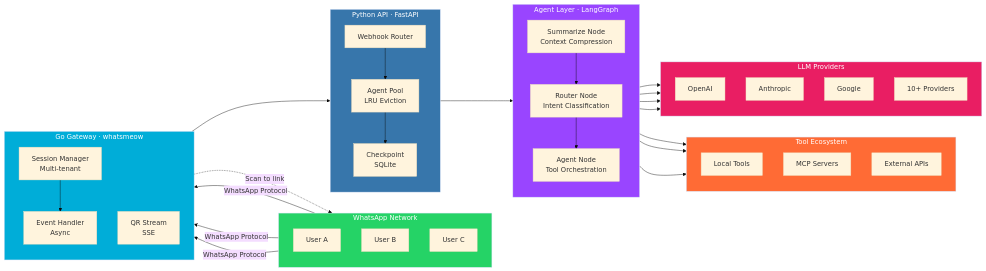
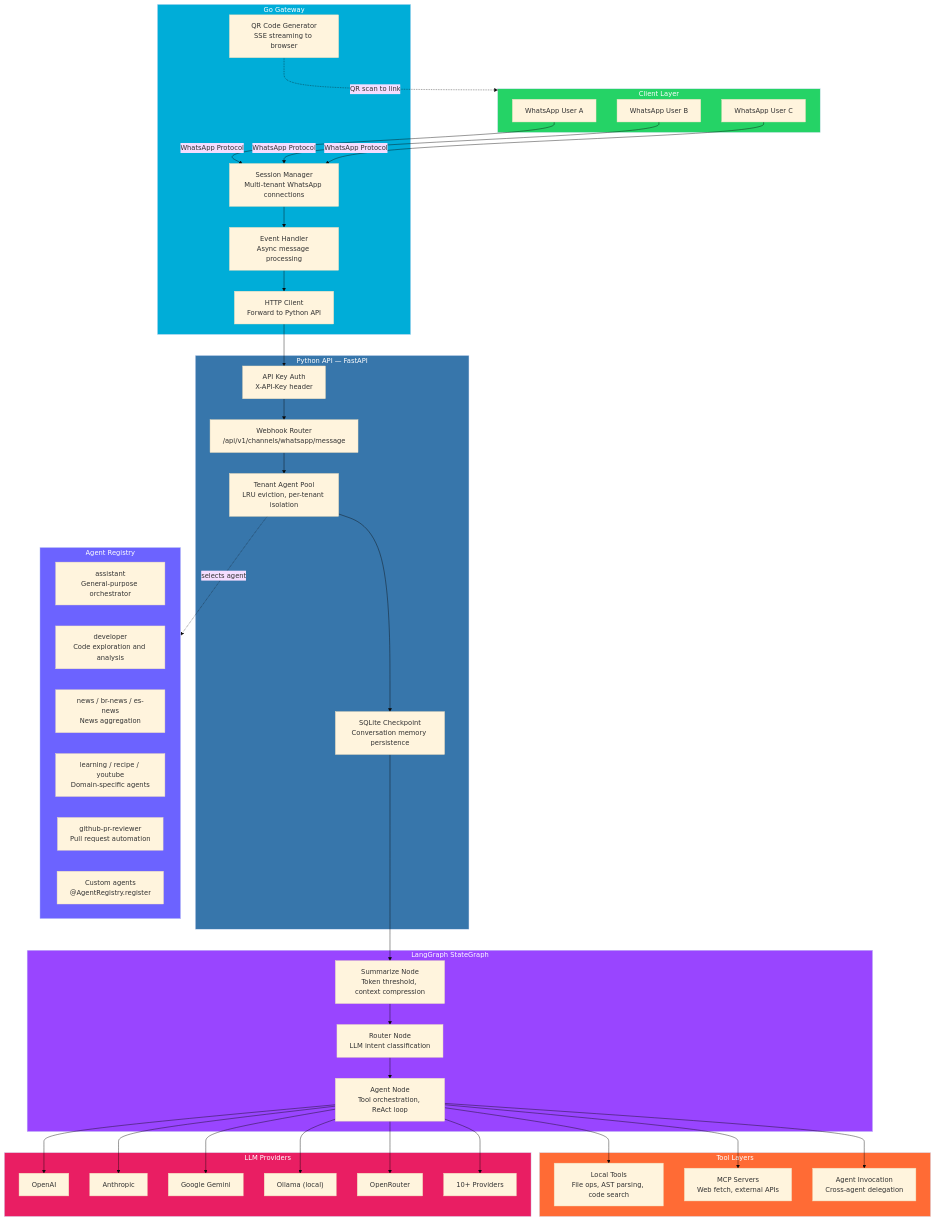
One commit to MusadiqUrRahman/whaagent changed the diagram in README.md. Above: the diagram before and after it, drawn with Mermaid (base theme). The commit also changed other lines of this file, not shown here.

Commit message:
Rewrite README with complete setup guide, agent docs, and architecture

````diff
--- a/README.md
+++ b/README.md
@@ -24,65 +36,73 @@
 ```mermaid
-flowchart LR
-    subgraph WhatsApp["WhatsApp Network"]
-        direction TB
-        U1["User A"]
-        U2["User B"]
-        U3["User C"]
+flowchart TB
+    subgraph Clients["Client Layer"]
+        WA1["WhatsApp User A"]
+        WA2["WhatsApp User B"]
+        WA3["WhatsApp User C"]
     end
 
-    subgraph Gateway["Go Gateway · whatsmeow"]
-        direction TB
-        SM["Session Manager<br/>Multi-tenant"]
-        QR["QR Stream<br/>SSE"]
-        EH["Event Handler<br/>Async"]
+    subgraph Gateway["Go Gateway"]
+        SM["Session Manager<br/>Multi-tenant WhatsApp connections"]
+        QR["QR Code Generator<br/>SSE streaming to browser"]
+        EVT["Event Handler<br/>Async message processing"]
+        HTTP["HTTP Client<br/>Forward to Python API"]
     end
 
-    subgraph API["Python API · FastAPI"]
-        direction TB
-        WH["Webhook Router"]
-        AP["Agent Pool<br/>LRU Eviction"]
-        CK["Checkpoint<br/>SQLite"]
+    subgraph API["Python API — FastAPI"]
+        ROUTE["Webhook Router<br/>/api/v1/channels/whatsapp/message"]
+        AUTH["API Key Auth<br/>X-API-Key header"]
+        POOL["Tenant Agent Pool<br/>LRU eviction, per-tenant isolation"]
+        DB["SQLite Checkpoint<br/>Conversation memory persistence"]
     end
 
-    subgraph Agents["Agent Layer · LangGraph"]
-        direction TB
-        R["Router Node<br/>Intent Classification"]
-        S["Summarize Node<br/>Context Compression"]
-        A["Agent Node<br/>Tool Orchestration"]
+    subgraph Graph["LangGraph StateGraph"]
+        SUM["Summarize Node<br/>Token threshold, context compression"]
+        ROUTER["Router Node<br/>LLM intent classification"]
+        AGENT["Agent Node<br/>Tool orchestration, ReAct loop"]
     end
 
-    subgraph Tools["Tool Ecosystem"]
-        direction TB
-        LT["Local Tools"]
-        MCP["MCP Servers"]
-        EXT["External APIs"]
+    subgraph Agents["Agent Registry"]
+        A1["assistant<br/>General-purpose orchestrator"]
+        A2["developer<br/>Code exploration and analysis"]
+        A3["news / br-news / es-news<br/>News aggregation"]
+        A4["learning / recipe / youtube<br/>Domain-specific agents"]
+        A5["github-pr-reviewer<br/>Pull request automation"]
+        A6["Custom agents<br/>@AgentRegistry.register"]
+    end
+
+    subgraph Tools["Tool Layers"]
+        LOCAL["Local Tools<br/>File ops, AST parsing, code search"]
+        MCP["MCP Servers<br/>Web fetch, external APIs"]
+        DELEG["Agent Invocation<br/>Cross-agent delegation"]
     end
 
     subgraph LLM["LLM Providers"]
-        direction TB
         OAI["OpenAI"]
         ANT["Anthropic"]
-        GGL["Google"]
-        OTH["10+ Providers"]
+        GGL["Google Gemini"]
+        OLL["Ollama (local)"]
+        OR["OpenRouter"]
+        EXT["10+ Providers"]
     end
 
-    U1 & U2 & U3 -->|"WhatsApp Protocol"| SM
-    SM --> EH
-    EH --> WH
-    QR -.->|"Scan to link"| WhatsApp
+    WA1 & WA2 & WA3 -->|"WhatsApp Protocol"| SM
+    SM --> EVT --> HTTP
+    QR -.->|"QR scan to link"| Clients
 
-    WH --> AP
-    AP --> CK
-    CK --> S
-    S --> R
-    R --> A
-    A --> LT & MCP & EXT
-    A --> OAI & ANT & GGL & OTH
+    HTTP --> AUTH --> ROUTE
+    ROUTE --> POOL --> DB
+    DB --> SUM --> ROUTER --> AGENT
 
-    style WhatsApp fill:#25D366,color:#fff
+    AGENT --> LOCAL & MCP & DELEG
+    AGENT --> OAI & ANT & GGL & OLL & OR & EXT
+
+    POOL -.->|"selects agent"| Agents
+
+    style Clients fill:#25D366,color:#fff
     style Gateway fill:#00ADD8,color:#fff
     style API fill:#3776AB,color:#fff
-    style Agents fill:#9945FF,color:#fff
+    style Graph fill:#9945FF,color:#fff
+    style Agents fill:#6C63FF,color:#fff
     style Tools fill:#FF6B35,color:#fff
     style LLM fill:#E91E63,color:#fff
 ```
````
